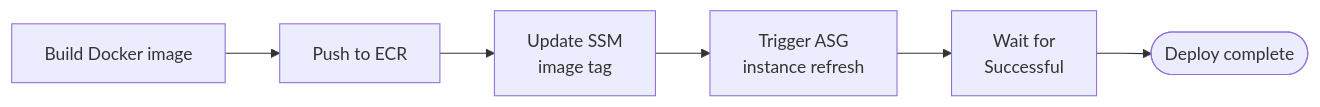
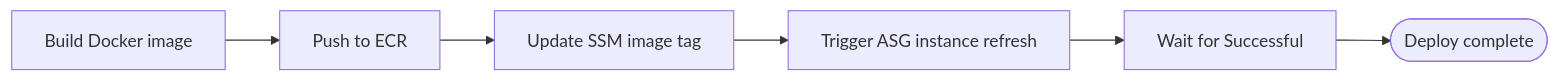
The third of 3 diagrams in docs/architecture-overview.md (roboticpuppies/aws-autoscaling-group-demo), drawn with Mermaid before and after one commit. The commit also changed other lines of this file and 10 other files, not shown here.

````diff
--- a/docs/architecture-overview.md
+++ b/docs/architecture-overview.md
@@ -188,8 +187,8 @@
 ```mermaid
 flowchart LR
     Build[Build Docker image] --> Push[Push to ECR]
-    Push --> SSM[Update SSM<br/>image tag]
-    SSM --> Refresh[Trigger ASG<br/>instance refresh]
-    Refresh --> Wait[Wait for<br/>Successful]
+    Push --> SSM[Update SSM image tag]
+    SSM --> Refresh[Trigger ASG instance refresh]
+    Refresh --> Wait[Wait for Successful]
     Wait --> Done([Deploy complete])
 ```
````
